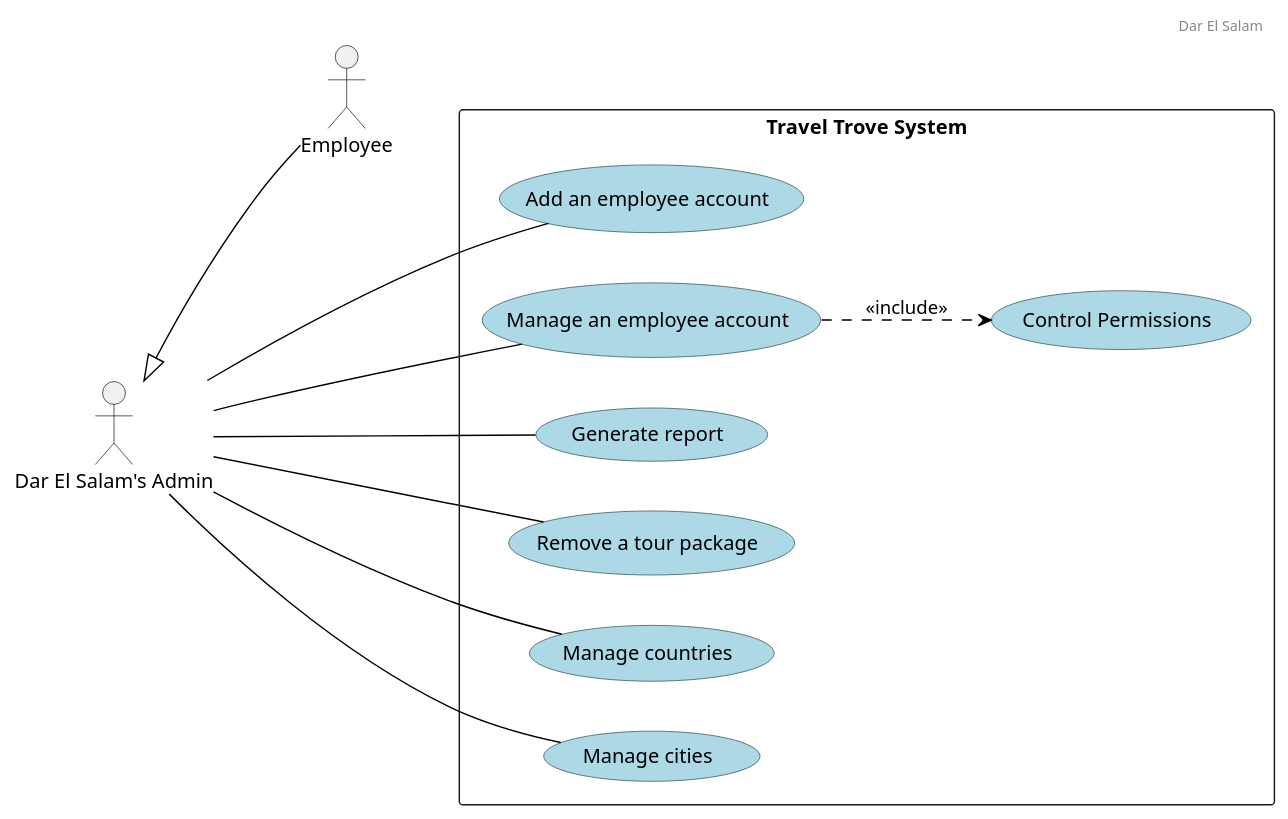
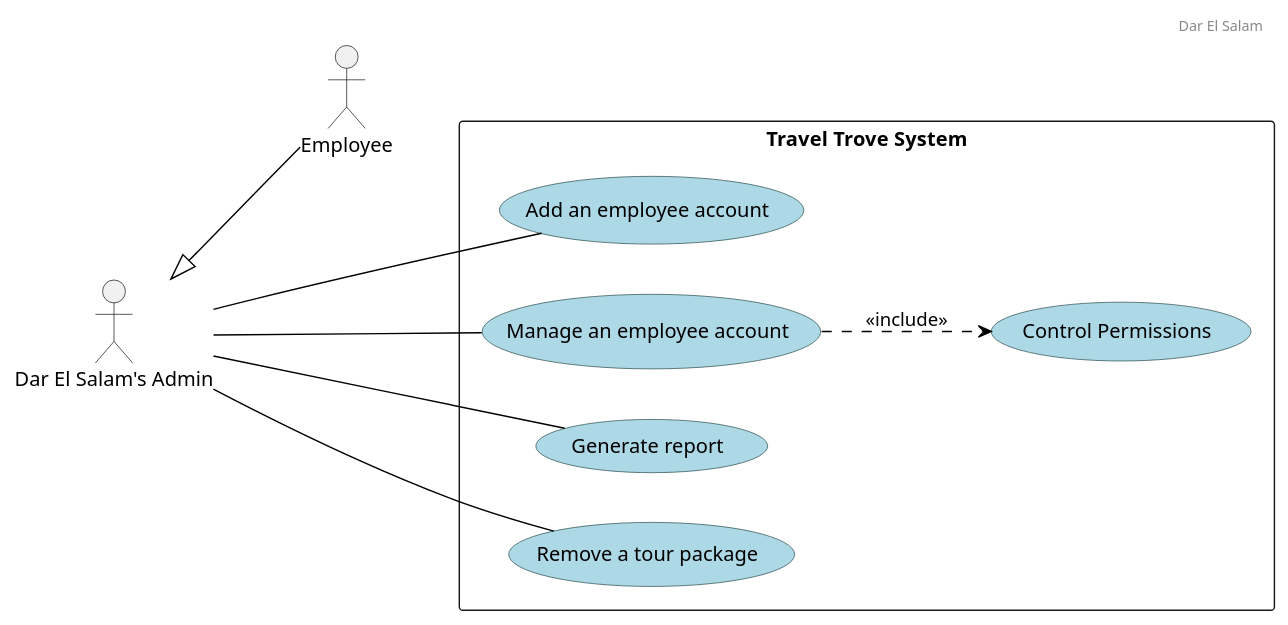
The diagram in diagrams/use cases/Admin.puml (Hares-2088/TravelTrove), drawn with PlantUML before and after one commit. The commit also changed 2 other files, not shown here.

Commit message:
Sprint 1 entities use case diagram

```diff
--- a/diagrams/use cases/Admin.puml
+++ b/diagrams/use cases/Admin.puml
@@ -1,39 +1,35 @@
 @startuml
 scale 1
 left to right direction
 
 header
 Dar El Salam
 endheader
 
 ' Custom skin parameters for use cases
 skinparam usecase {
     BackgroundColor lightblue
     BorderColor DarkSlateGray
     ArrowColor Black
 }
 
 actor "Dar El Salam's Admin" as Admin
 
 rectangle "Travel Trove System" {
 
     usecase "Add an employee account"
     usecase "Manage an employee account"
     usecase "Control Permissions"
     usecase "Generate report"
     usecase "Remove a tour package"
-    usecase "Manage countries"
-    usecase "Manage cities"
 
 }
 
 "Manage an employee account" ..> "Control Permissions" : <<include>>
 Admin<|-- Employee
 Admin --- "Add an employee account"
 Admin -- "Manage an employee account"
 Admin -- "Generate report"
 Admin -- "Remove a tour package"
-Admin -- "Manage countries"
-Admin -- "Manage cities"
 
 @enduml
```
